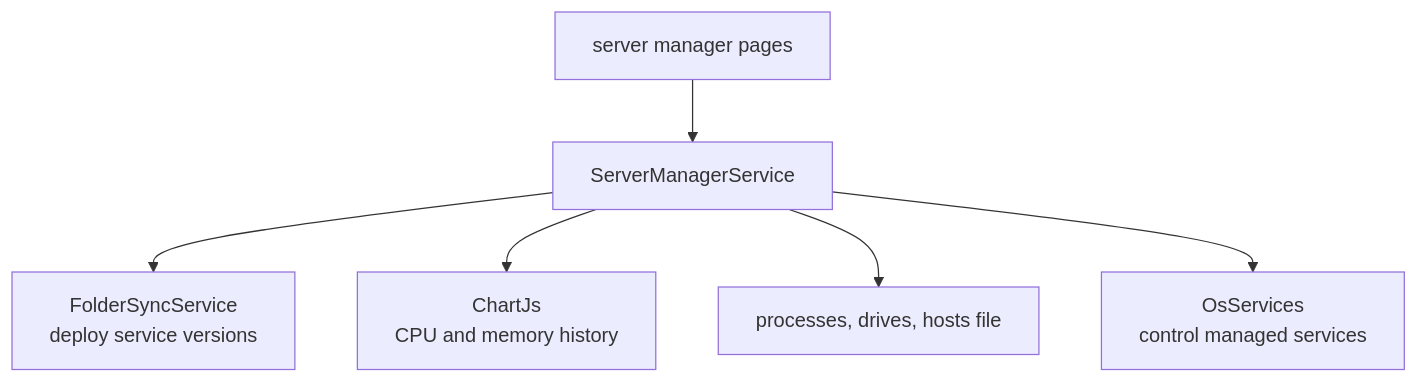
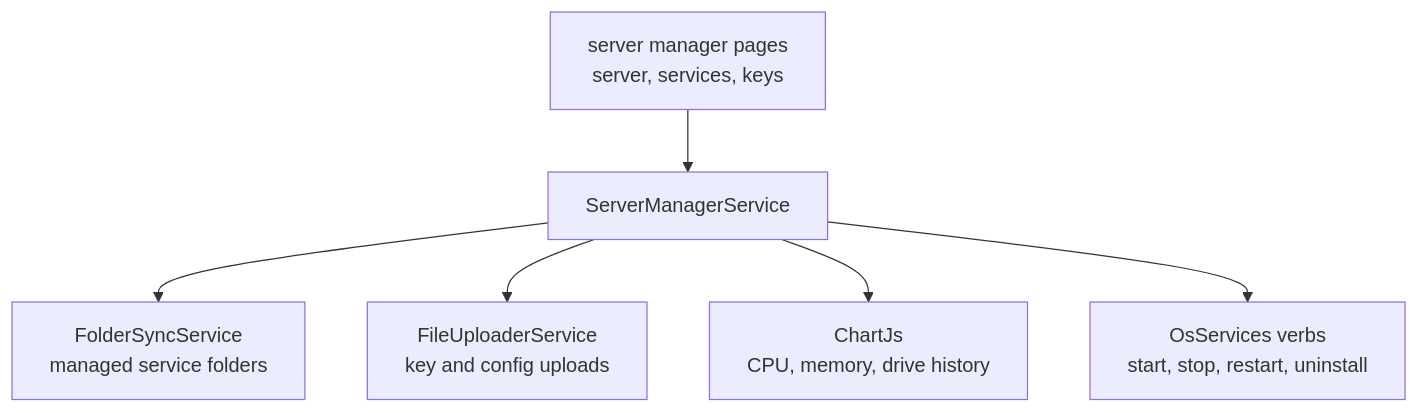
The diagram in SysWeaver.MicroService.ServerManager/README.md (dosh1974/SysWeaver), drawn with Mermaid before and after one commit. The commit also changed other lines of this file and 532 other files, not shown here.

````diff
--- a/SysWeaver.MicroService.ServerManager/README.md
+++ b/SysWeaver.MicroService.ServerManager/README.md
@@ -18,8 +18,8 @@
 ```mermaid
 flowchart TB
-  UI["server manager pages"] --> SMS["ServerManagerService"]
-  SMS --> FSS["FolderSyncService<br/>deploy service versions"]
-  SMS --> Charts["ChartJs<br/>CPU and memory history"]
-  SMS --> Proc["processes, drives, hosts file"]
-  SMS --> OS["OsServices<br/>control managed services"]
+  UI["server manager pages<br/>server, services, keys"] --> SMS["ServerManagerService"]
+  SMS --> FSS["FolderSyncService<br/>managed service folders"]
+  SMS --> FU["FileUploaderService<br/>key and config uploads"]
+  SMS --> Charts["ChartJs<br/>CPU, memory, drive history"]
+  SMS --> OS["OsServices verbs<br/>start, stop, restart, uninstall"]
 ```
````
